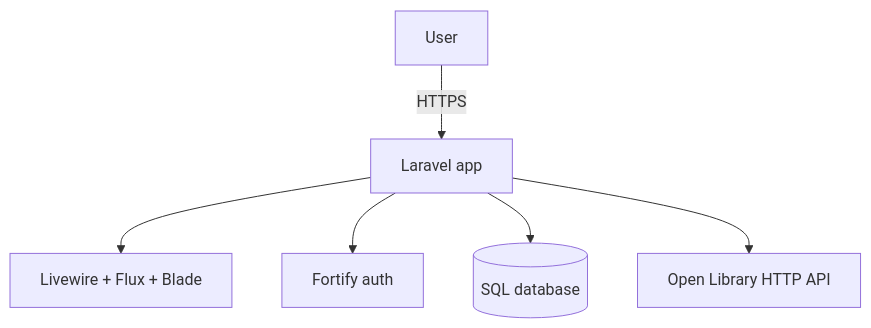
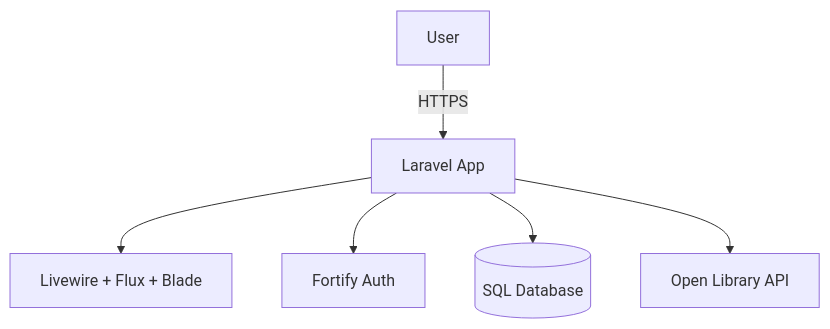
One commit to jhchan99/signatur changed the second of 2 diagrams in README.md. Above: the diagram before and after it, drawn with Mermaid. The commit also changed other lines of this file, not shown here.

````diff
--- a/README.md
+++ b/README.md
@@ -52,8 +71,8 @@
 ```mermaid
 flowchart TB
-    U[User] -->|HTTPS| P[Laravel app]
+    U[User] -->|HTTPS| P[Laravel App]
     P --> UI[Livewire + Flux + Blade]
-    P --> A[Fortify auth]
-    P --> D[(SQL database)]
-    P --> OL[Open Library HTTP API]
+    P --> A[Fortify Auth]
+    P --> D[(SQL Database)]
+    P --> OL[Open Library API]
 ```
````
